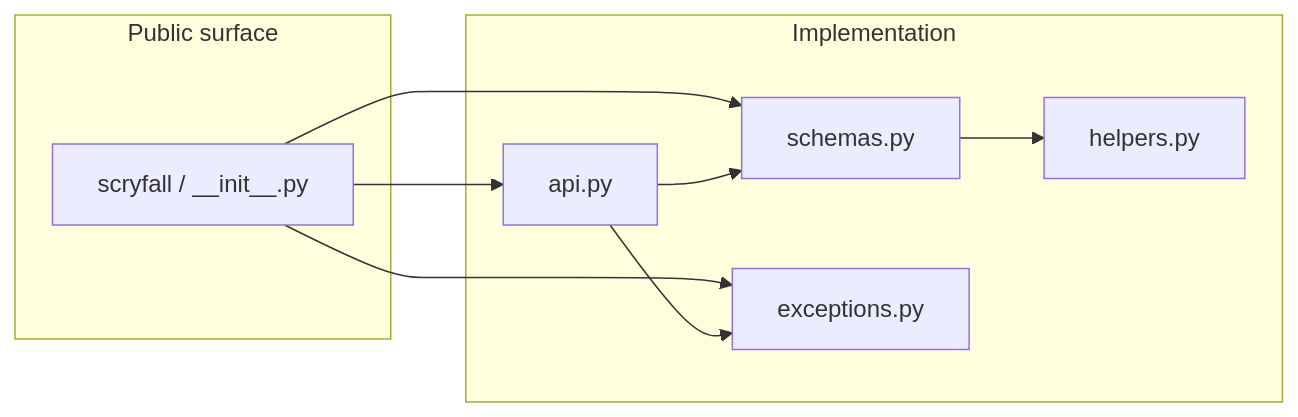
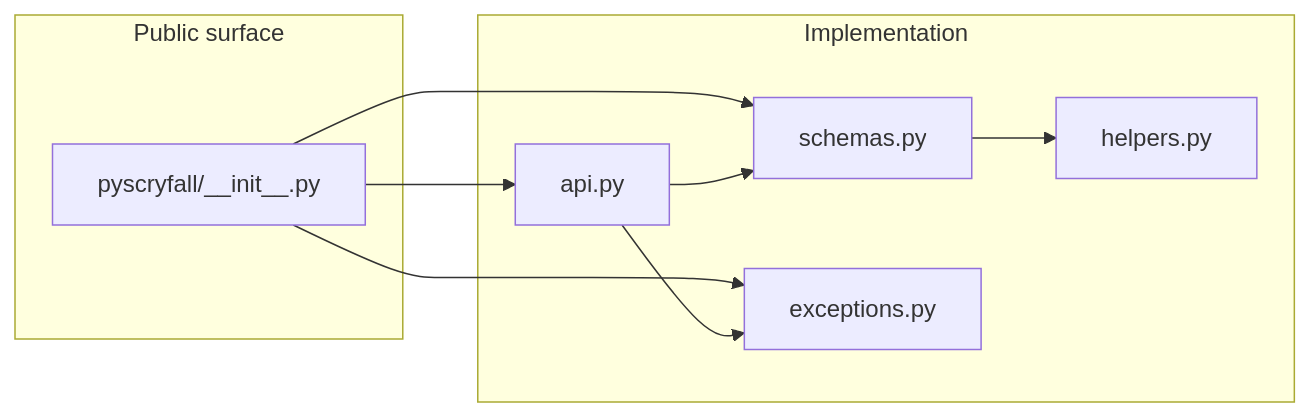
One commit to mcaimi/pyscryfall changed the first of 3 diagrams in README.md. Above: the diagram before and after it, drawn with Mermaid. The commit also changed other lines of this file and 1 other file, not shown here.

````diff
--- a/README.md
+++ b/README.md
@@ -23,18 +31,18 @@
 ```mermaid
 flowchart LR
     subgraph public [Public surface]
-        init["scryfall / __init__.py"]
+        init["pyscryfall/__init__.py"]
     end
     subgraph impl [Implementation]
         api["api.py"]
         schemas["schemas.py"]
         exceptions["exceptions.py"]
         helpers["helpers.py"]
     end
     init --> api
     init --> schemas
     init --> exceptions
     api --> schemas
     api --> exceptions
     schemas --> helpers
 ```
````
